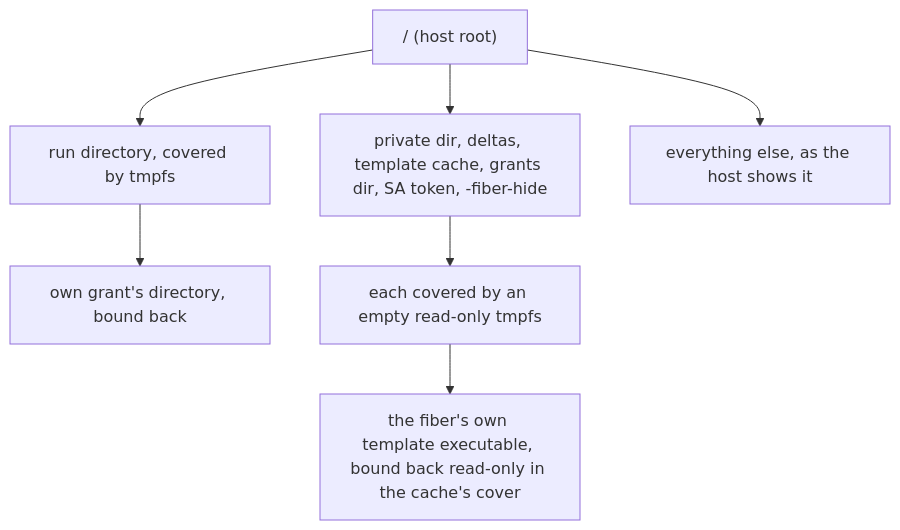
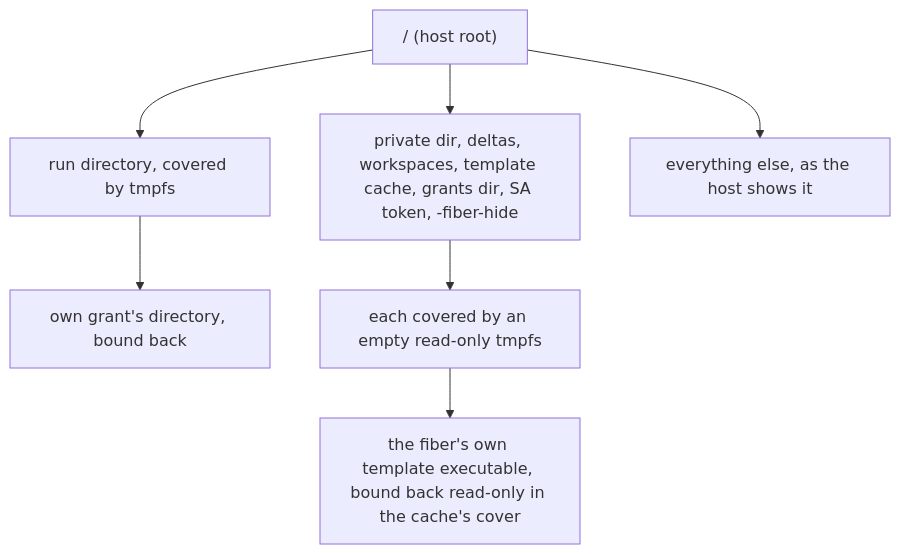
One commit to helayoty/fiberd changed the second of 2 diagrams in docs/design/runtime-host.md. Above: the diagram before and after it, drawn with Mermaid. The commit also changed other lines of this file and 19 other files, not shown here.

````diff
--- a/docs/design/runtime-host.md
+++ b/docs/design/runtime-host.md
@@ -42,9 +43,9 @@
 ```mermaid
 flowchart TB
   root["/ (host root)"] --> run["run directory, covered by tmpfs"]
   run --> own["own grant's directory, bound back"]
-  root --> hid["private dir, deltas, template cache, grants dir, SA token, -fiber-hide"]
+  root --> hid["private dir, deltas, workspaces, template cache, grants dir, SA token, -fiber-hide"]
   hid --> tmp["each covered by an empty read-only tmpfs"]
   tmp --> exe["the fiber's own template executable, bound back read-only in the cache's cover"]
   root --> rest["everything else, as the host shows it"]
 ```
````
